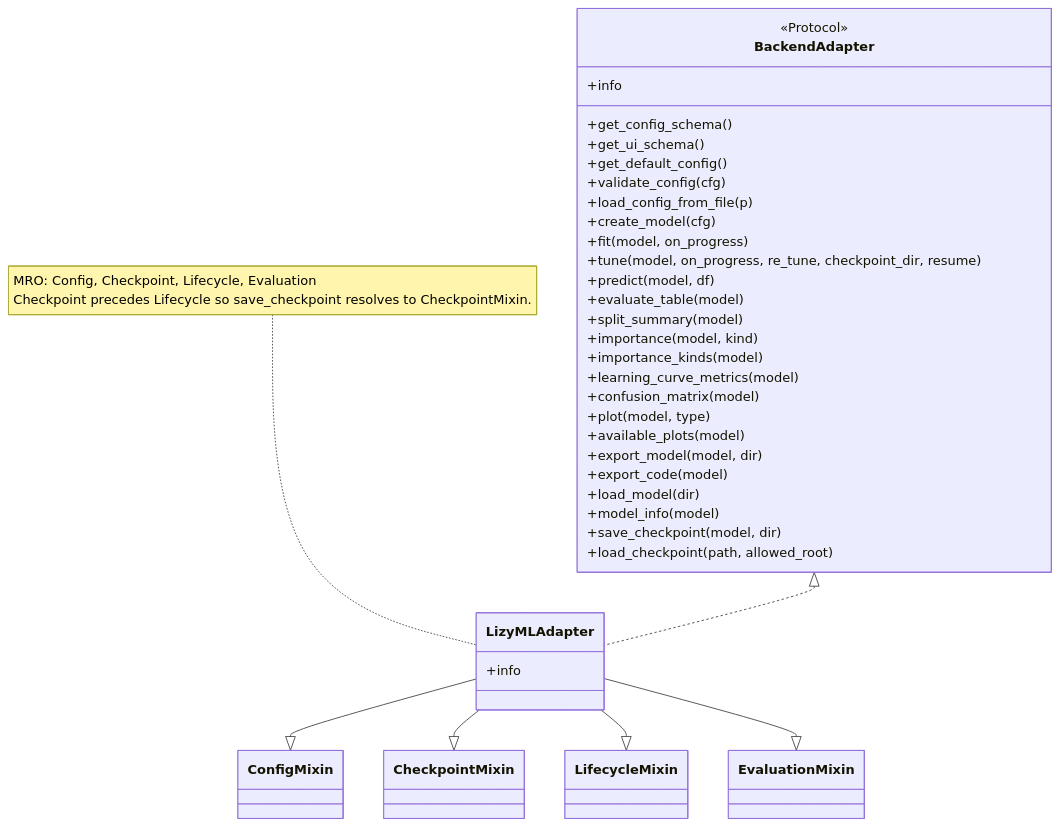
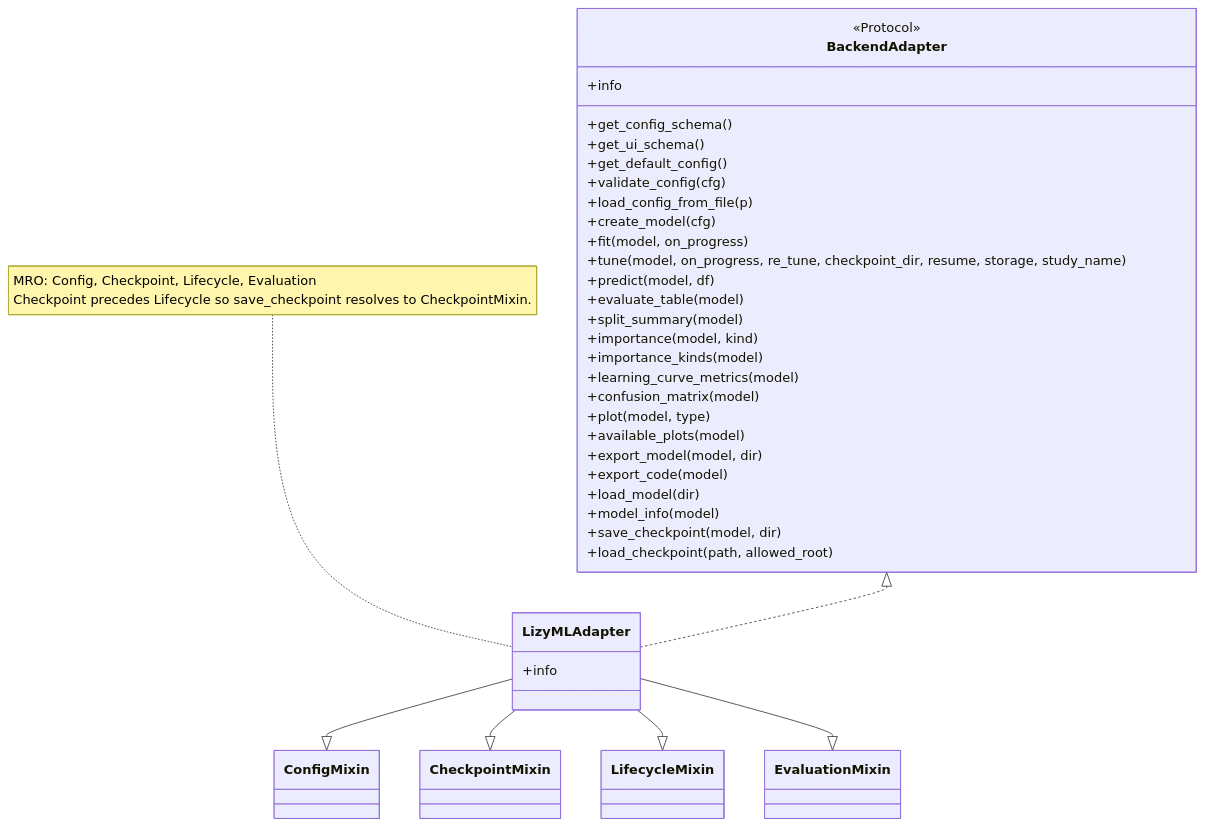
The third of 7 diagrams in docs/architecture-as-implemented.md (nbx-liz/LizyStudio), drawn with Mermaid before and after one commit. The commit also changed other lines of this file and 3 other files, not shown here.

````diff
--- a/docs/architecture-as-implemented.md
+++ b/docs/architecture-as-implemented.md
@@ -165,47 +168,47 @@
 ```mermaid
 classDiagram
   class BackendAdapter {
     <<Protocol>>
     +info
     +get_config_schema()
     +get_ui_schema()
     +get_default_config()
     +validate_config(cfg)
     +load_config_from_file(p)
     +create_model(cfg)
     +fit(model, on_progress)
-    +tune(model, on_progress, re_tune, checkpoint_dir, resume)
+    +tune(model, on_progress, re_tune, checkpoint_dir, resume, storage, study_name)
     +predict(model, df)
     +evaluate_table(model)
     +split_summary(model)
     +importance(model, kind)
     +importance_kinds(model)
     +learning_curve_metrics(model)
     +confusion_matrix(model)
     +plot(model, type)
     +available_plots(model)
     +export_model(model, dir)
     +export_code(model)
     +load_model(dir)
     +model_info(model)
     +save_checkpoint(model, dir)
     +load_checkpoint(path, allowed_root)
   }
 
   class ConfigMixin
   class LifecycleMixin
   class EvaluationMixin
   class CheckpointMixin
 
   class LizyMLAdapter {
     +info
   }
 
   BackendAdapter <|.. LizyMLAdapter
   LizyMLAdapter --|> ConfigMixin
   LizyMLAdapter --|> CheckpointMixin
   LizyMLAdapter --|> LifecycleMixin
   LizyMLAdapter --|> EvaluationMixin
 
   note for LizyMLAdapter "MRO: Config, Checkpoint, Lifecycle, Evaluation<br/>Checkpoint precedes Lifecycle so save_checkpoint resolves to CheckpointMixin."
 ```
````
